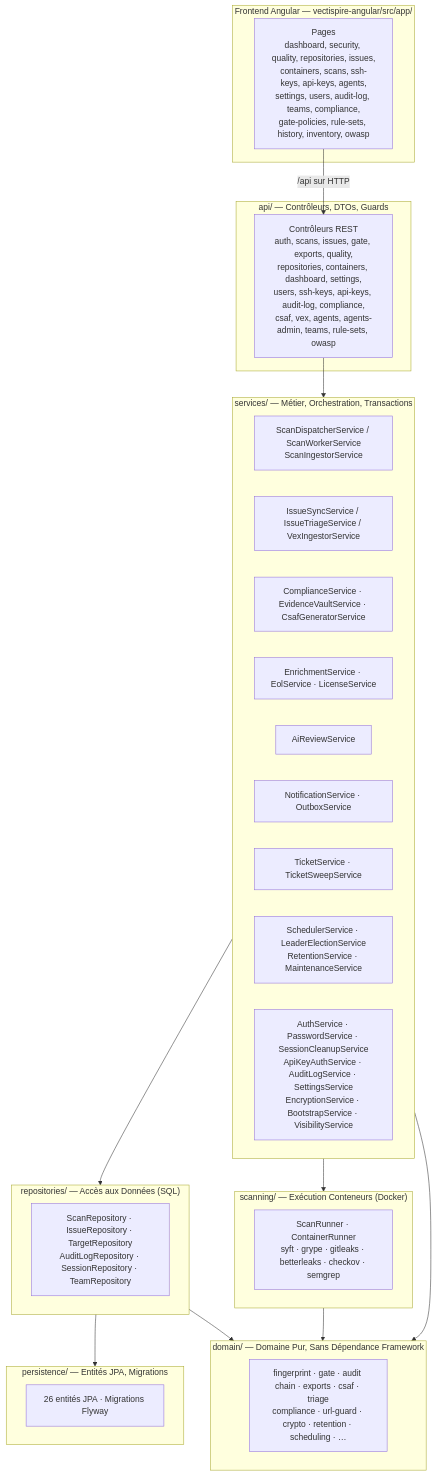
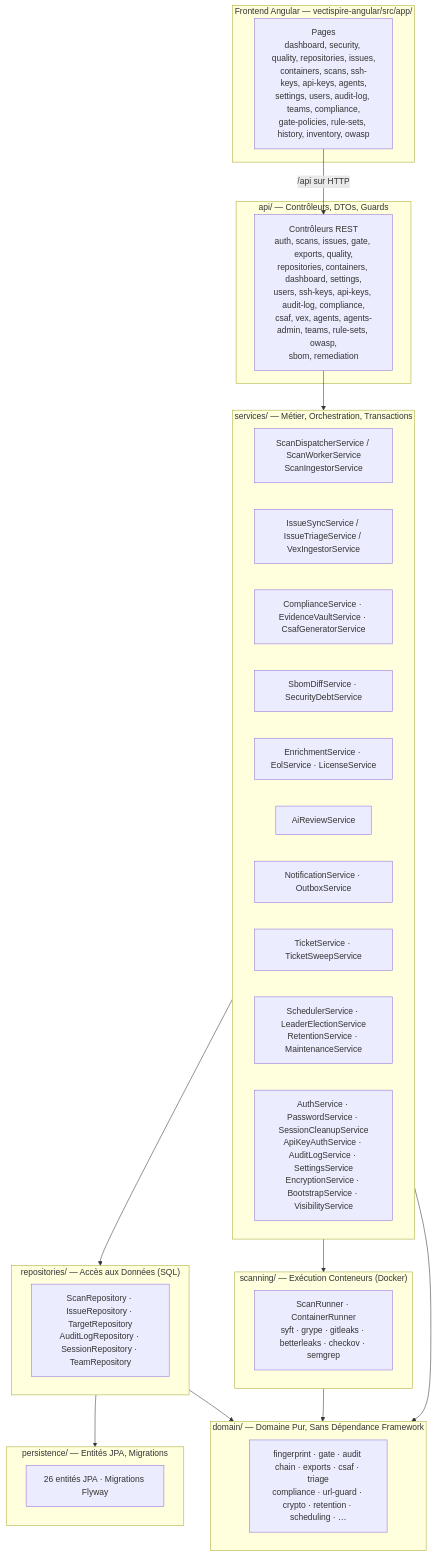
The diagram in docs/fr/TECHNICAL_DOCUMENTATION.fr.md (asmolabs/vectispire), drawn with Mermaid before and after one commit. The commit also changed other lines of this file and 68 other files, not shown here.

Commit message:
feat(api,docs): add OpenAPI 3.0 annotations, REST documentation, and attack surface discovery enhancements

````diff
--- a/docs/fr/TECHNICAL_DOCUMENTATION.fr.md
+++ b/docs/fr/TECHNICAL_DOCUMENTATION.fr.md
@@ -21,47 +21,48 @@
 ```mermaid
 flowchart TB
     subgraph front["Frontend Angular — vectispire-angular/src/app/"]
         Pages["Pages<br/>dashboard, security, quality, repositories, issues,<br/>containers, scans, ssh-keys, api-keys, agents,<br/>settings, users, audit-log, teams, compliance,<br/>gate-policies, rule-sets, history, inventory, owasp"]
     end
 
     subgraph api["api/ — Contrôleurs, DTOs, Guards"]
-        Routes["Contrôleurs REST<br/>auth, scans, issues, gate, exports, quality,<br/>repositories, containers, dashboard, settings,<br/>users, ssh-keys, api-keys, audit-log, compliance,<br/>csaf, vex, agents, agents-admin, teams, rule-sets, owasp"]
+        Routes["Contrôleurs REST<br/>auth, scans, issues, gate, exports, quality,<br/>repositories, containers, dashboard, settings,<br/>users, ssh-keys, api-keys, audit-log, compliance,<br/>csaf, vex, agents, agents-admin, teams, rule-sets, owasp,<br/>sbom, remediation"]
     end
 
     subgraph services["services/ — Métier, Orchestration, Transactions"]
         Scan["ScanDispatcherService / ScanWorkerService<br/>ScanIngestorService"]
         Issue["IssueSyncService / IssueTriageService / VexIngestorService"]
         Comp["ComplianceService · EvidenceVaultService · CsafGeneratorService"]
+        Remed["SbomDiffService · SecurityDebtService"]
         Enrich["EnrichmentService · EolService · LicenseService"]
         Ai["AiReviewService"]
         Notify["NotificationService · OutboxService"]
         Ticket["TicketService · TicketSweepService"]
         Ops["SchedulerService · LeaderElectionService<br/>RetentionService · MaintenanceService"]
         Auth["AuthService · PasswordService · SessionCleanupService<br/>ApiKeyAuthService · AuditLogService · SettingsService<br/>EncryptionService · BootstrapService · VisibilityService"]
     end
 
     subgraph repos["repositories/ — Accès aux Données (SQL)"]
         R["ScanRepository · IssueRepository · TargetRepository<br/>AuditLogRepository · SessionRepository · TeamRepository"]
     end
 
     subgraph persistence["persistence/ — Entités JPA, Migrations"]
         Ent["26 entités JPA · Migrations Flyway"]
     end
 
     subgraph domain["domain/ — Domaine Pur, Sans Dépendance Framework"]
         D["fingerprint · gate · audit chain · exports · csaf · triage<br/>compliance · url-guard · crypto · retention · scheduling · …"]
     end
 
     subgraph scanning["scanning/ — Exécution Conteneurs (Docker)"]
         S["ScanRunner · ContainerRunner<br/>syft · grype · gitleaks · betterleaks · checkov · semgrep"]
     end
 
     Pages -->|"/api sur HTTP"| Routes
     Routes --> services
     services --> repos
     repos --> persistence
     services --> scanning
     services --> domain
     repos --> domain
     scanning --> domain
 ```
````
